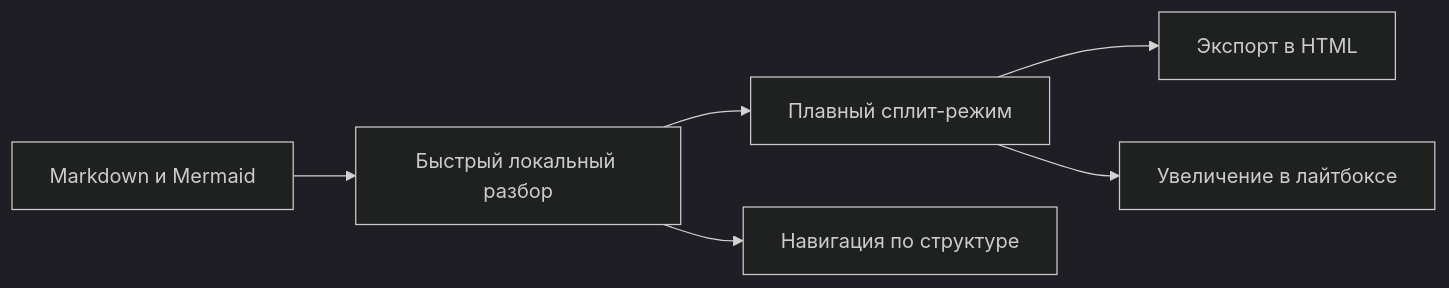
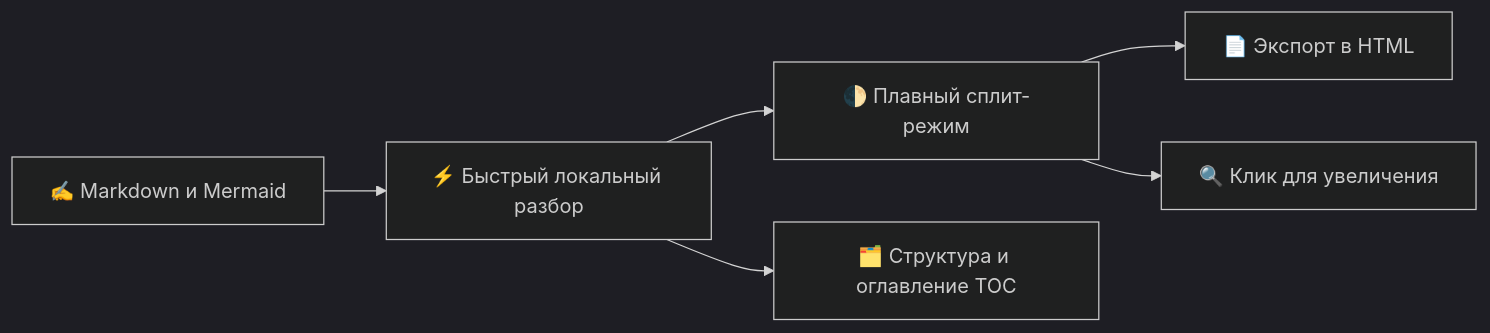
Before and after one commit to 2716190547/zmark: the diagram in crates/zmark_app/assets/welcome/ru.md, drawn with Mermaid (dark theme). The commit also changed other lines of this file and 32 other files, not shown here.

````diff
--- a/crates/zmark_app/assets/welcome/ru.md
+++ b/crates/zmark_app/assets/welcome/ru.md
@@ -72,8 +84,8 @@
 ```mermaid
 flowchart LR
-    Write["Markdown и Mermaid"] --> Parse["Быстрый локальный разбор"]
-    Parse --> Split["Плавный сплит-режим"]
-    Parse --> Outline["Навигация по структуре"]
-    Split --> Export["Экспорт в HTML"]
-    Split --> Lightbox["Увеличение в лайтбоксе"]
+    Write["✍️ Markdown и Mermaid"] --> Parse["⚡️ Быстрый локальный разбор"]
+    Parse --> Split["🌓 Плавный сплит-режим"]
+    Parse --> Outline["🗂️ Структура и оглавление TOC"]
+    Split --> Export["📄 Экспорт в HTML"]
+    Split --> Lightbox["🔍 Клик для увеличения"]
 ```
````
